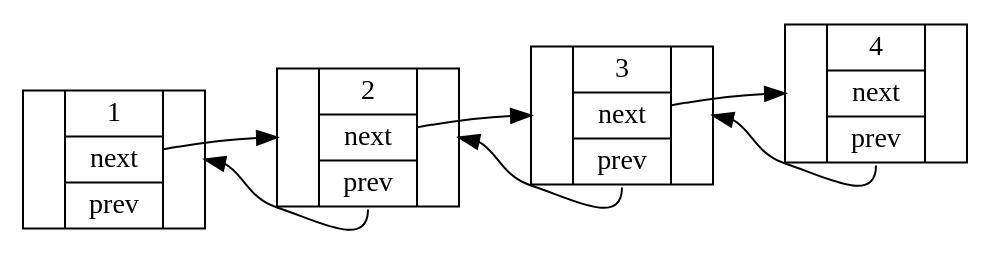
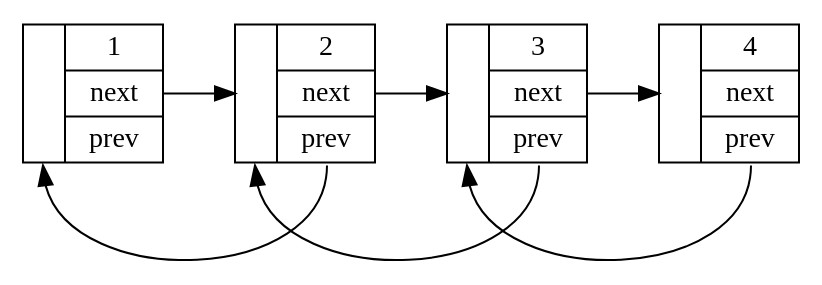
One commit to jgsogo/eda changed the diagram in slides/tad/lista-doble.dot. Above: the diagram before and after it, drawn with Graphviz.

Commit message:
same rank edges

```diff
--- a/slides/tad/lista-doble.dot
+++ b/slides/tad/lista-doble.dot
@@ -1,19 +1,19 @@
 digraph structs {
     nodesep=.05;
     rankdir=LR;
     
     node [shape=record, width = .5];
-    node1 [label="{<m> |{<d> 1 |<n> next |<p> prev}| <m2>}"];
-    node2 [label="{<m> |{<d> 2 |<n> next |<p> prev}| <m2>}"];
-    node3 [label="{<m> |{<d> 3 |<n> next |<p> prev}| <m2>}"];
-    node4 [label="{<m> |{<d> 4 |<n> next |<p> prev}| <m2>}"];
+    node1 [label="{<m> |{<d> 1 |<n> next |<p> prev}}"];
+    node2 [label="{<m> |{<d> 2 |<n> next |<p> prev}}"];
+    node3 [label="{<m> |{<d> 3 |<n> next |<p> prev}}"];
+    node4 [label="{<m> |{<d> 4 |<n> next |<p> prev}}"];
 
     node1:n -> node2:m;
     node2:n -> node3:m;
     node3:n -> node4:m;
 
-    node2:p -> node1:m2;
-    node3:p -> node2:m2;
-    node4:p -> node3:m2;
+    node2:p -> node1:m [constraint=false];
+    node3:p -> node2:m [constraint=false];
+    node4:p -> node3:m [constraint=false];
 
 }
```
